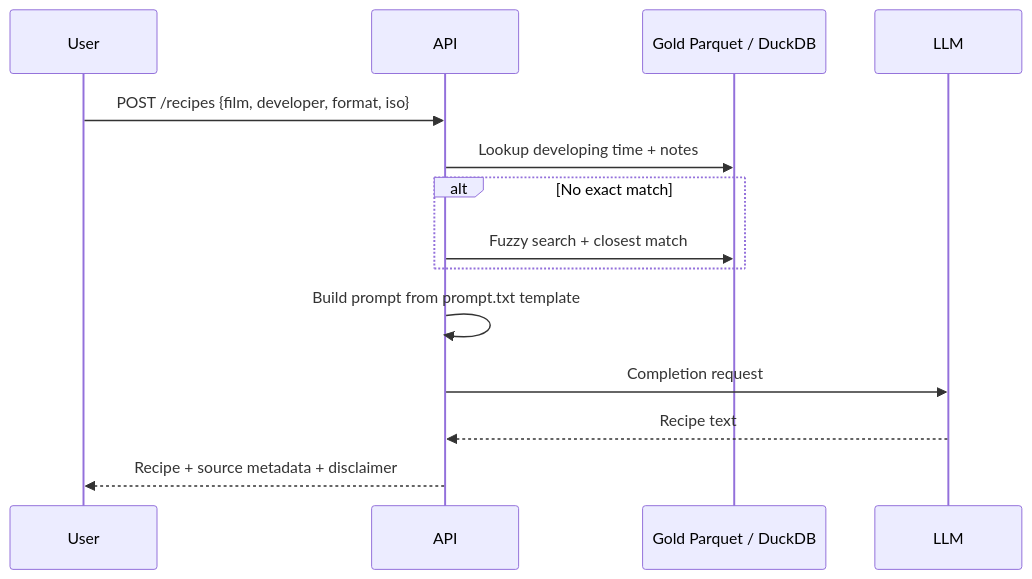
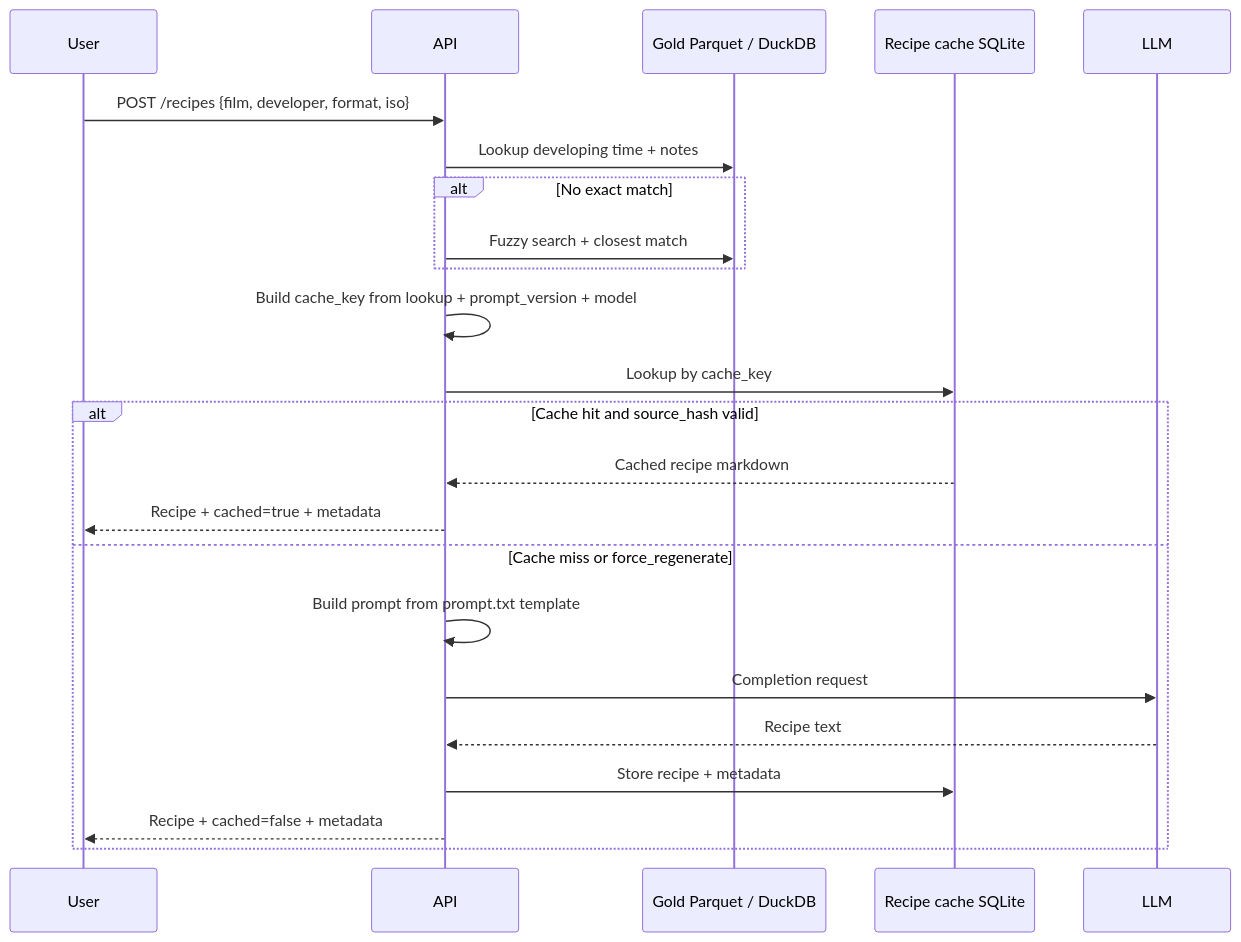
One commit to DanielFrc/film-developer-agent changed the third of 3 diagrams in docs/ROADMAP.md. Above: the diagram before and after it, drawn with Mermaid. The commit also changed other lines of this file and 60 other files, not shown here.

````diff
--- a/docs/ROADMAP.md
+++ b/docs/ROADMAP.md
@@ -230,17 +232,26 @@
 ```mermaid
 sequenceDiagram
     participant User
     participant API
     participant Gold as Gold Parquet / DuckDB
+    participant Cache as Recipe cache SQLite
     participant LLM
 
     User->>API: POST /recipes {film, developer, format, iso}
     API->>Gold: Lookup developing time + notes
     alt No exact match
         API->>Gold: Fuzzy search + closest match
     end
-    API->>API: Build prompt from prompt.txt template
-    API->>LLM: Completion request
-    LLM-->>API: Recipe text
-    API-->>User: Recipe + source metadata + disclaimer
+    API->>API: Build cache_key from lookup + prompt_version + model
+    API->>Cache: Lookup by cache_key
+    alt Cache hit and source_hash valid
+        Cache-->>API: Cached recipe markdown
+        API-->>User: Recipe + cached=true + metadata
+    else Cache miss or force_regenerate
+        API->>API: Build prompt from prompt.txt template
+        API->>LLM: Completion request
+        LLM-->>API: Recipe text
+        API->>Cache: Store recipe + metadata
+        API-->>User: Recipe + cached=false + metadata
+    end
 ```
````
